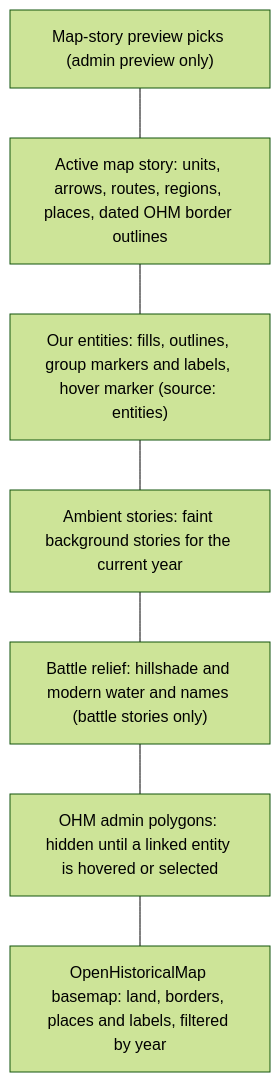
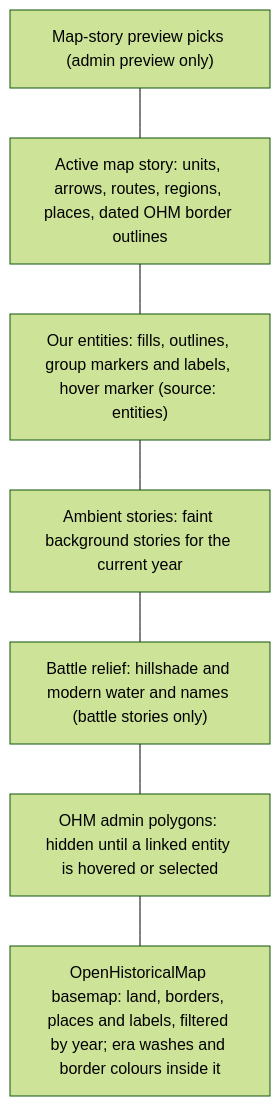
The first of 4 diagrams in docs/architecture/ohm-integration.md (PickleSoda/history-mapped), drawn with Mermaid (forest theme) before and after one commit. The commit also changed other lines of this file and 52 other files, not shown here.

````diff
--- a/docs/architecture/ohm-integration.md
+++ b/docs/architecture/ohm-integration.md
@@ -15,11 +15,11 @@
 ```mermaid
 flowchart TB
     L7["Map-story preview picks (admin preview only)"]
     L6["Active map story: units, arrows, routes, regions, places, dated OHM border outlines"]
     L5["Our entities: fills, outlines, group markers and labels, hover marker (source: entities)"]
     L4["Ambient stories: faint background stories for the current year"]
     L3["Battle relief: hillshade and modern water and names (battle stories only)"]
     L2["OHM admin polygons: hidden until a linked entity is hovered or selected"]
-    L1["OpenHistoricalMap basemap: land, borders, places and labels, filtered by year"]
+    L1["OpenHistoricalMap basemap: land, borders, places and labels, filtered by year; era washes and border colours inside it"]
     L7 --- L6 --- L5 --- L4 --- L3 --- L2 --- L1
 ```
````
